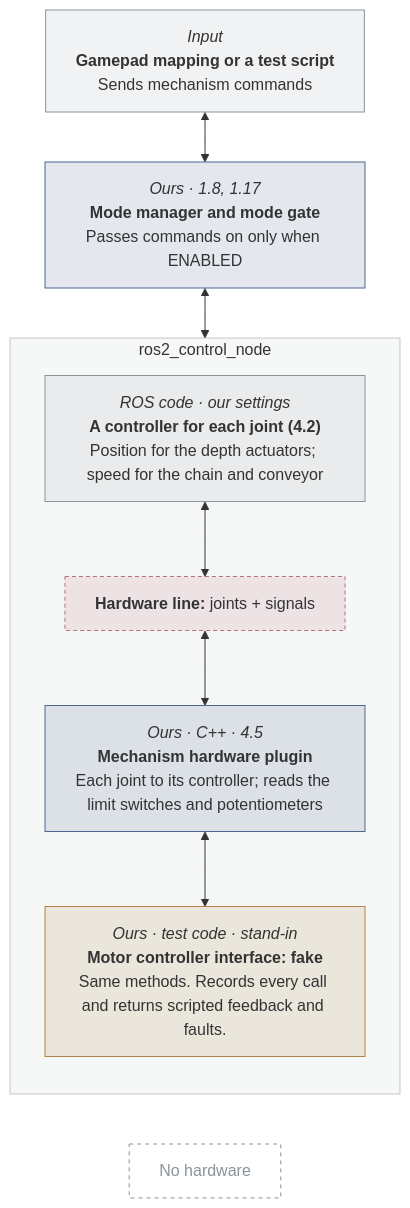
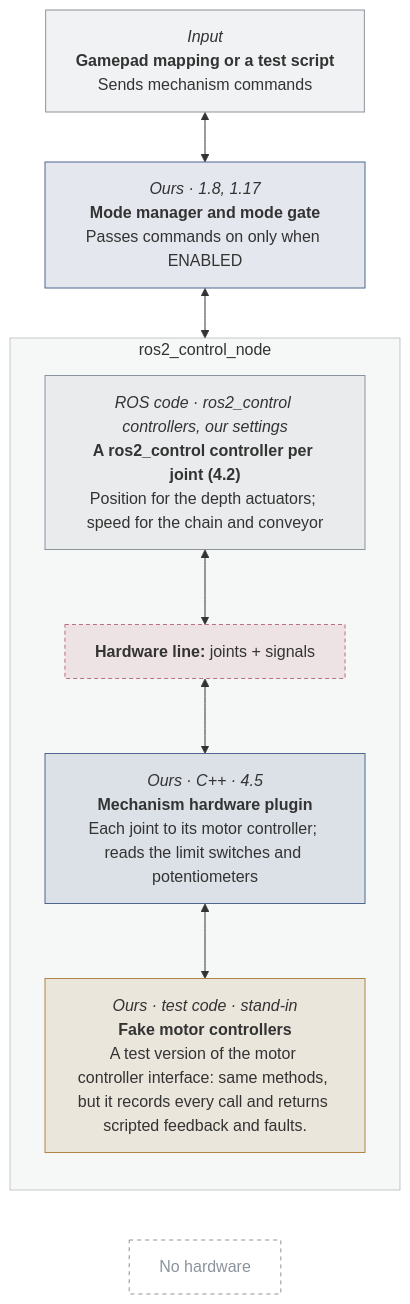
Before and after one commit to STAR-Robotics-Team/starrt-luna-software: the seventh of 30 diagrams in docs/design/hardware-test-modes.md, drawn with Mermaid. The commit also changed other lines of this file and 4 other files, not shown here.

First line of the commit message:
Say which controller, and tell stubs from fake motor controllers apart

````diff
--- a/docs/design/hardware-test-modes.md
+++ b/docs/design/hardware-test-modes.md
@@ -403,46 +410,46 @@
 ```mermaid
 ---
 config:
   flowchart:
     wrappingWidth: 260
 ---
 flowchart TB
   b1["`*Input*
 **Gamepad mapping or a test script**
 Sends mechanism commands`"]
   b2["`*Ours · 1.8, 1.17*
 **Mode manager and mode gate**
 Passes commands on only when ENABLED`"]
   subgraph grp4["ros2_control_node"]
     direction TB
-    b3["`*ROS code · our settings*
-**A controller for each joint (4.2)**
+    b3["`*ROS code · ros2_control controllers, our settings*
+**A ros2_control controller per joint (4.2)**
 Position for the depth actuators; speed for the chain and conveyor`"]
     line5["`**Hardware line:** joints + signals`"]
     b6["`*Ours · C++ · 4.5*
 **Mechanism hardware plugin**
-Each joint to its controller; reads the limit switches and potentiometers`"]
+Each joint to its motor controller; reads the limit switches and potentiometers`"]
     b7["`*Ours · test code · stand-in*
-**Motor controller interface: fake**
-Same methods. Records every call and returns scripted feedback and faults.`"]
+**Fake motor controllers**
+A test version of the motor controller interface: same methods, but it records every call and returns scripted feedback and faults.`"]
     b3 <--> line5
     line5 <--> b6
     b6 <--> b7
   end
   none8["No hardware"]
   b1 <--> b2
   b2 <--> grp4
   grp4 ~~~ none8
   classDef ours fill:#4c669026,stroke:#4c6690
   classDef ros fill:#8b939c1f,stroke:#8b939c
   classDef stand fill:#b0844526,stroke:#b08445
   classDef hw fill:#4a725926,stroke:#4a7259
   classDef hwline fill:#b9707c26,stroke:#b9707c,stroke-dasharray:4 3
   classDef ghost fill:none,stroke:#8b939c,stroke-dasharray:4 4,color:#8b939c
   class b1,b3 ros
   class b2,b6 ours
   class line5 hwline
   class b7 stand
   class none8 ghost
   style grp4 fill:#8b939c14,stroke:#8b939c80
 ```
````
